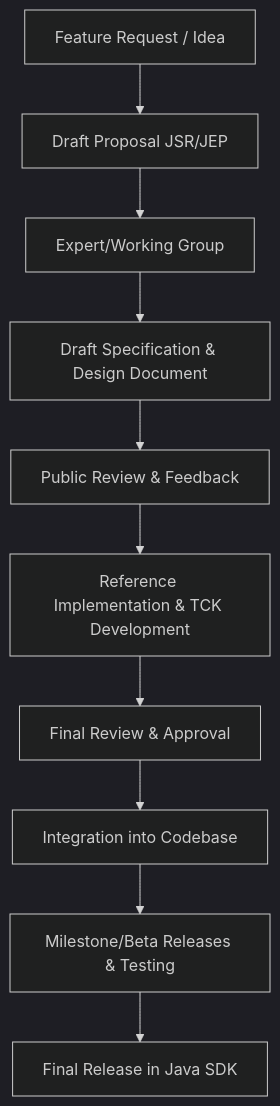
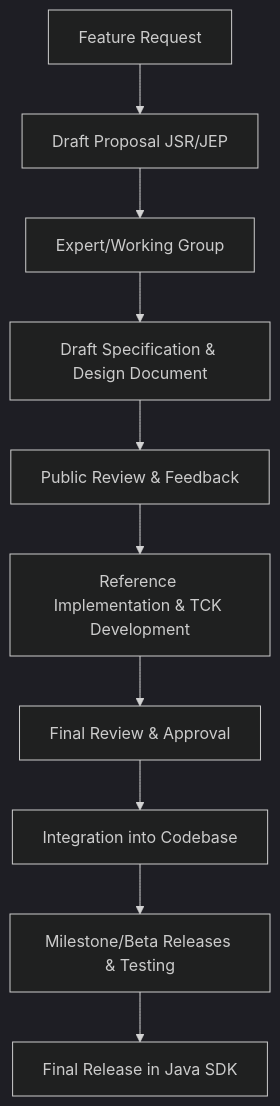
Before and after one commit to eellpp/pubScratchpad: the diagram in process/how_java_process_works.md, drawn with Mermaid (dark theme).

````diff
--- a/process/how_java_process_works.md
+++ b/process/how_java_process_works.md
@@ -4,25 +4,25 @@
 ```mermaid
 
 flowchart TD
-    A[Feature Request / Idea]
+    A[Feature Request]
     B[Draft Proposal JSR/JEP ]
     C[Expert/Working Group]
     D[Draft Specification & Design Document]
     E[Public Review & Feedback]
     F[Reference Implementation & TCK Development]
     G[Final Review & Approval]
     H[Integration into Codebase]
     I[Milestone/Beta Releases & Testing]
     J[Final Release in Java SDK]
 
     A --> B
     B --> C
     C --> D
     D --> E
     E --> F
     F --> G
     G --> H
     H --> I
     I --> J
 
 ```
````
